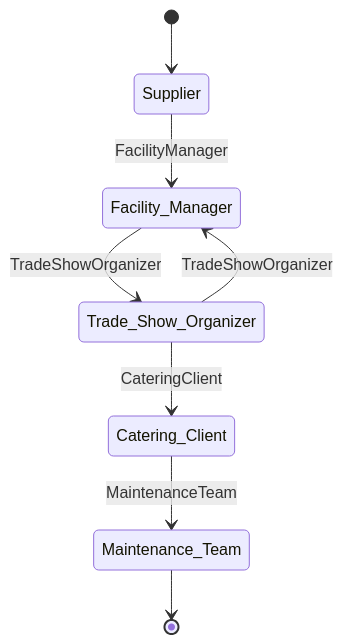
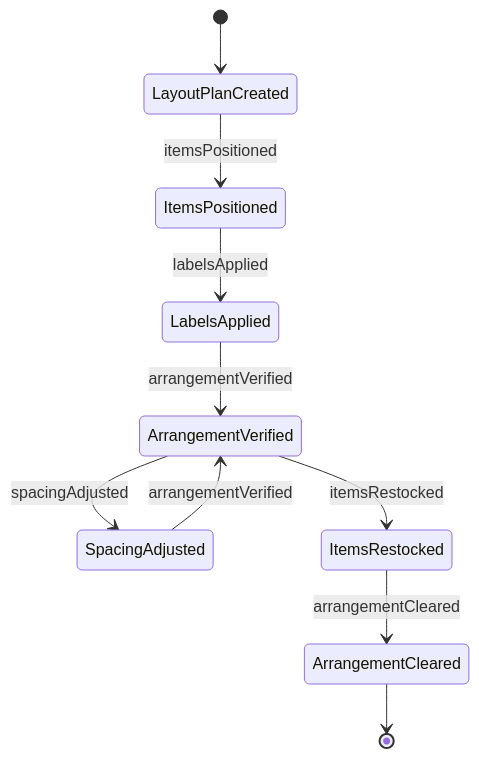
Before and after one commit to dot-org-ai/tasks.org.ai: the second of 4 diagrams in HandlingAndMovingObjects/ArrangeDisplaysOrDecorations/ArrangeItemsUseDisplay.mdx, drawn with Mermaid. The commit also changed other lines of this file and 40 other files, not shown here.

First line of the commit message:
fix: Replace Actor-based ER and State diagrams with Entity/Event-based diagrams in 41 HandlingAndMovingObjects DWA files

````diff
--- a/HandlingAndMovingObjects/ArrangeDisplaysOrDecorations/ArrangeItemsUseDisplay.mdx
+++ b/HandlingAndMovingObjects/ArrangeDisplaysOrDecorations/ArrangeItemsUseDisplay.mdx
@@ -98,10 +97,12 @@
 ```mermaid
 stateDiagram-v2
-    [*] --> Supplier
-    Supplier --> Facility_Manager: FacilityManager
-    Facility_Manager --> Trade_Show_Organizer: TradeShowOrganizer
-    Trade_Show_Organizer --> Catering_Client: CateringClient
-    Catering_Client --> Maintenance_Team: MaintenanceTeam
-    Trade_Show_Organizer --> Facility_Manager: TradeShowOrganizer
-    Maintenance_Team --> [*]
+    [*] --> LayoutPlanCreated
+    LayoutPlanCreated --> ItemsPositioned : itemsPositioned
+    ItemsPositioned --> LabelsApplied : labelsApplied
+    LabelsApplied --> ArrangementVerified : arrangementVerified
+    ArrangementVerified --> SpacingAdjusted : spacingAdjusted
+    SpacingAdjusted --> ArrangementVerified : arrangementVerified
+    ArrangementVerified --> ItemsRestocked : itemsRestocked
+    ItemsRestocked --> ArrangementCleared : arrangementCleared
+    ArrangementCleared --> [*]
 ```
````
